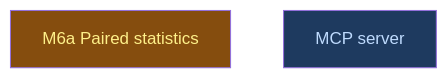
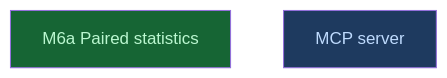
The diagram in __roadmap__/candler-v1/contracts/parity/alignment/surfaces/isolation/m5b/stats/README.md (CrackingShells/Candler), drawn with Mermaid before and after one commit. The commit also changed other lines of this file and 3 other files, not shown here.

First line of the commit message:
reports(stats): close the m6a-paired-stats milestone

````diff
--- a/__roadmap__/candler-v1/contracts/parity/alignment/surfaces/isolation/m5b/stats/README.md
+++ b/__roadmap__/candler-v1/contracts/parity/alignment/surfaces/isolation/m5b/stats/README.md
@@ -16,10 +16,10 @@
 ```mermaid
 graph TD
-    m6a_paired_stats[M6a Paired statistics]:::inprogress
+    m6a_paired_stats[M6a Paired statistics]:::done
     mcp[MCP server]:::amendment
     classDef done       fill:#166534,color:#bbf7d0
     classDef inprogress fill:#854d0e,color:#fef08a
     classDef planned    fill:#374151,color:#e5e7eb
     classDef amendment  fill:#1e3a5f,color:#bfdbfe
     classDef blocked    fill:#7f1d1d,color:#fecaca
 ```
````
